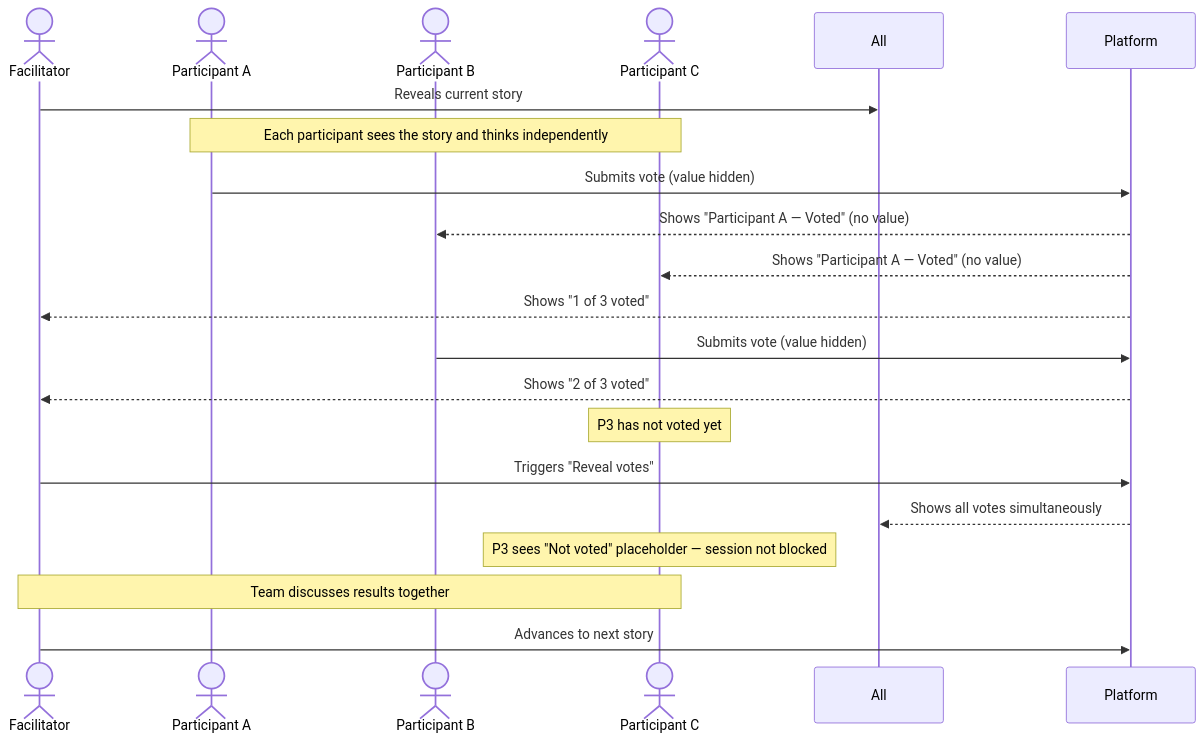
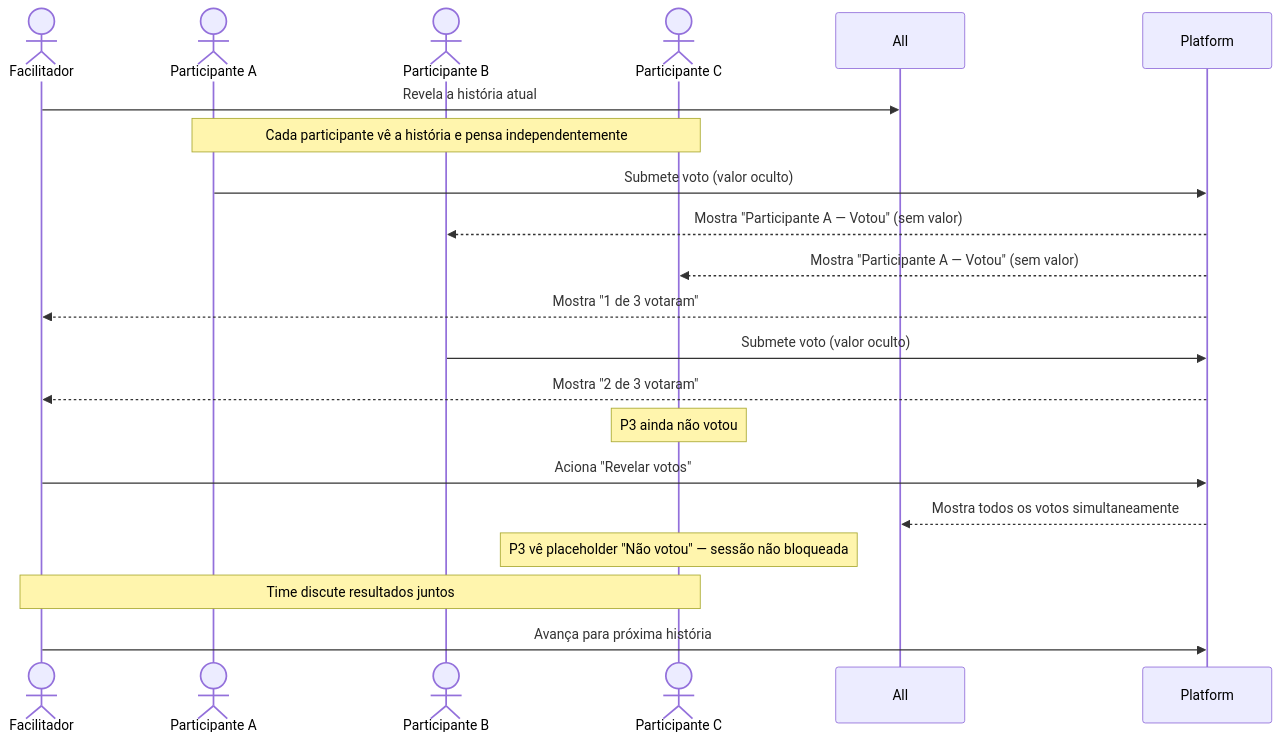
One commit to hugo-hsbtech/teamwork-process changed the third of 5 diagrams in case-poker/06.1-product-backlog-queue-voting.md. Above: the diagram before and after it, drawn with Mermaid. The commit also changed other lines of this file and 64 other files, not shown here.

````diff
--- a/case-poker/06.1-product-backlog-queue-voting.md
+++ b/case-poker/06.1-product-backlog-queue-voting.md
@@ -100,26 +100,26 @@
 ```mermaid
 sequenceDiagram
-    actor F as Facilitator
-    actor P1 as Participant A
-    actor P2 as Participant B
-    actor P3 as Participant C
+    actor F as Facilitador
+    actor P1 as Participante A
+    actor P2 as Participante B
+    actor P3 as Participante C
 
-    F->>All: Reveals current story
-    Note over P1,P3: Each participant sees the story and thinks independently
+    F->>All: Revela a história atual
+    Note over P1,P3: Cada participante vê a história e pensa independentemente
 
-    P1->>Platform: Submits vote (value hidden)
-    Platform-->>P2: Shows "Participant A — Voted" (no value)
-    Platform-->>P3: Shows "Participant A — Voted" (no value)
-    Platform-->>F: Shows "1 of 3 voted"
+    P1->>Platform: Submete voto (valor oculto)
+    Platform-->>P2: Mostra "Participante A — Votou" (sem valor)
+    Platform-->>P3: Mostra "Participante A — Votou" (sem valor)
+    Platform-->>F: Mostra "1 de 3 votaram"
 
-    P2->>Platform: Submits vote (value hidden)
-    Platform-->>F: Shows "2 of 3 voted"
+    P2->>Platform: Submete voto (valor oculto)
+    Platform-->>F: Mostra "2 de 3 votaram"
 
-    Note over P3: P3 has not voted yet
-    F->>Platform: Triggers "Reveal votes"
-    Platform-->>All: Shows all votes simultaneously
-    Note over P3: P3 sees "Not voted" placeholder — session not blocked
+    Note over P3: P3 ainda não votou
+    F->>Platform: Aciona "Revelar votos"
+    Platform-->>All: Mostra todos os votos simultaneamente
+    Note over P3: P3 vê placeholder "Não votou" — sessão não bloqueada
 
-    Note over F,P3: Team discusses results together
-    F->>Platform: Advances to next story
+    Note over F,P3: Time discute resultados juntos
+    F->>Platform: Avança para próxima história
 ```
````
